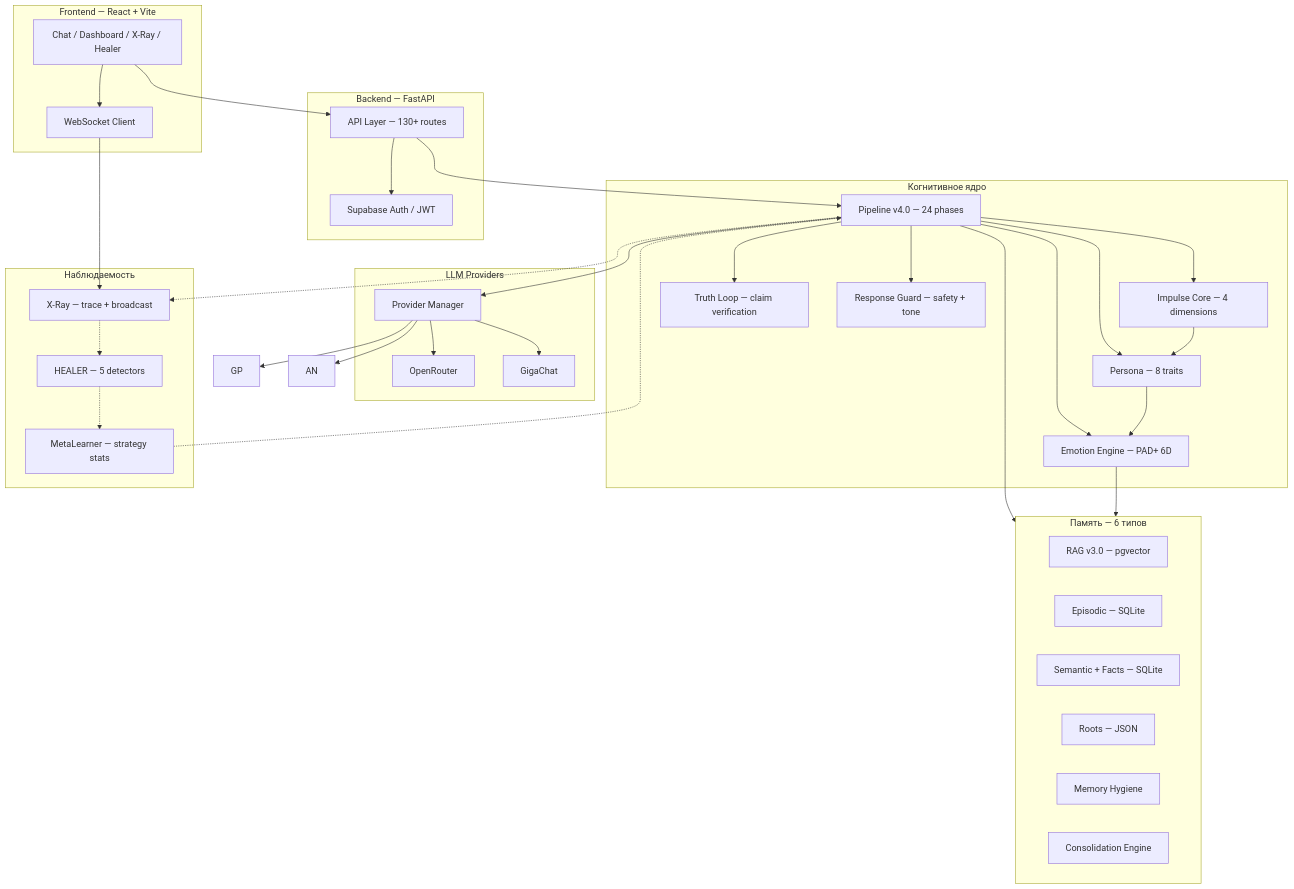
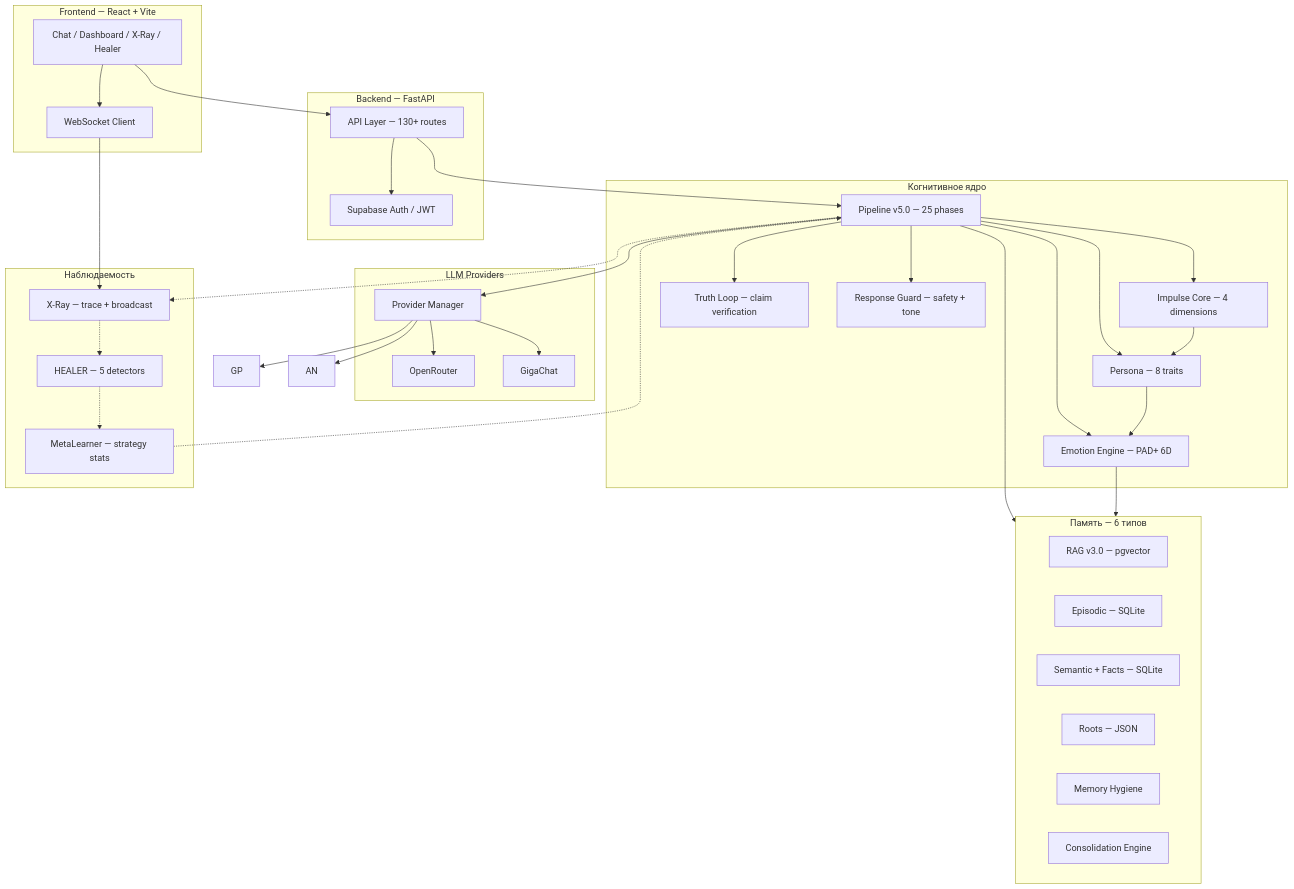
Before and after one commit to Ovladimirovich/pad-plus-ai: the second of 4 diagrams in README.md, drawn with Mermaid. The commit also changed other lines of this file and 1 other file, not shown here.

Commit message:
chore: prepare for HN — 25 phases, evolution Mermaid, tech stack update

````diff
--- a/README.md
+++ b/README.md
@@ -182,72 +200,72 @@
 ```mermaid
 graph TB
     subgraph Frontend ["Frontend — React + Vite"]
         UI[Chat / Dashboard / X-Ray / Healer]
         WS[WebSocket Client]
     end
 
     subgraph Backend ["Backend — FastAPI"]
         API[API Layer — 130+ routes]
         Auth[Supabase Auth / JWT]
     end
 
     subgraph CognitiveCore ["Когнитивное ядро"]
-        Pipeline[Pipeline v4.0 — 24 phases]
+        Pipeline[Pipeline v5.0 — 25 phases]
         Impulse[Impulse Core — 4 dimensions]
         Persona[Persona — 8 traits]
         Emotions[Emotion Engine — PAD+ 6D]
         Truth[Truth Loop — claim verification]
         Guard[Response Guard — safety + tone]
     end
 
     subgraph MemoryLayer ["Память — 6 типов"]
         RAG[RAG v3.0 — pgvector]
         Episodic[Episodic — SQLite]
         Semantic[Semantic + Facts — SQLite]
         Roots[Roots — JSON]
         Hygiene[Memory Hygiene]
         Consolidation[Consolidation Engine]
     end
 
     subgraph Providers ["LLM Providers"]
         PM[Provider Manager]
         OR[OpenRouter]
         GC[GigaChat]
     end
 
     subgraph Observability ["Наблюдаемость"]
         XRay[X-Ray — trace + broadcast]
         Healer[HEALER — 5 detectors]
         Meta[MetaLearner — strategy stats]
     end
 
     UI --> API
     UI --> WS
     WS --> XRay
 
     API --> Auth
     API --> Pipeline
 
     Pipeline --> Impulse
     Pipeline --> Persona
     Pipeline --> Emotions
     Pipeline --> Truth
     Pipeline --> Guard
 
     Pipeline --> MemoryLayer
 
     Impulse --> Persona
     Persona --> Emotions
     Emotions --> MemoryLayer
 
     Pipeline --> PM
     PM --> OR
     PM --> GC
     PM --> GP
     PM --> AN
 
     Pipeline -.-> XRay
     XRay -.-> Healer
     Healer -.-> Meta
     Meta -.-> Pipeline
 ```
````
